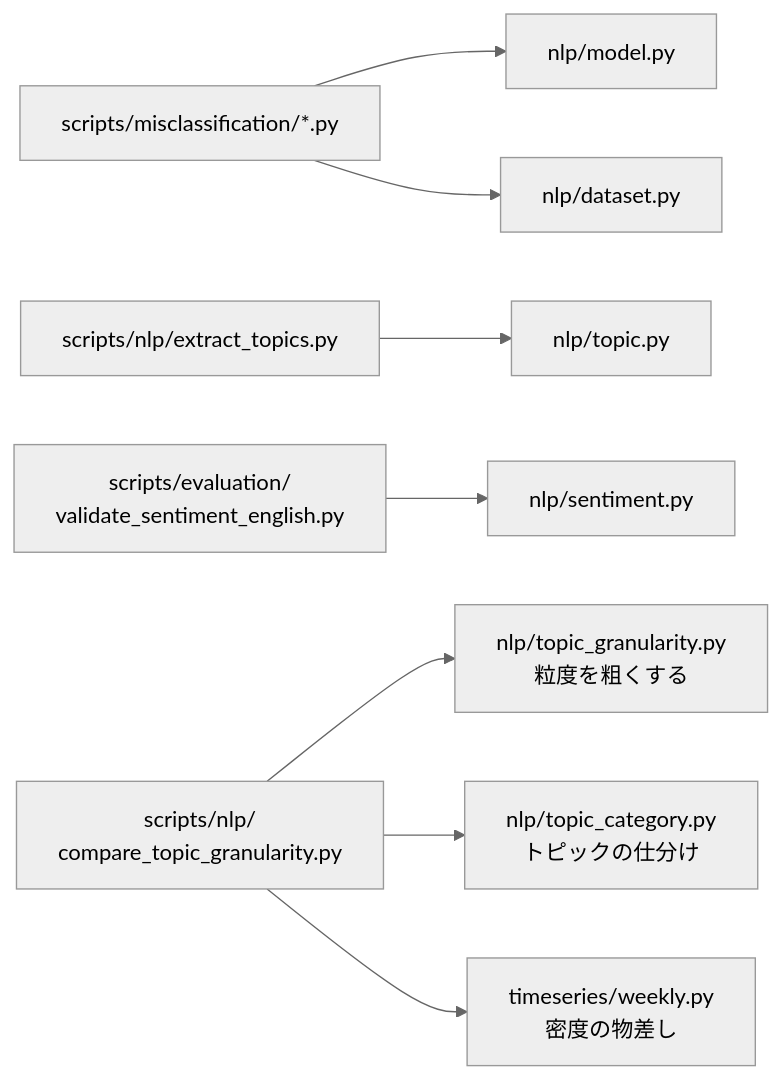
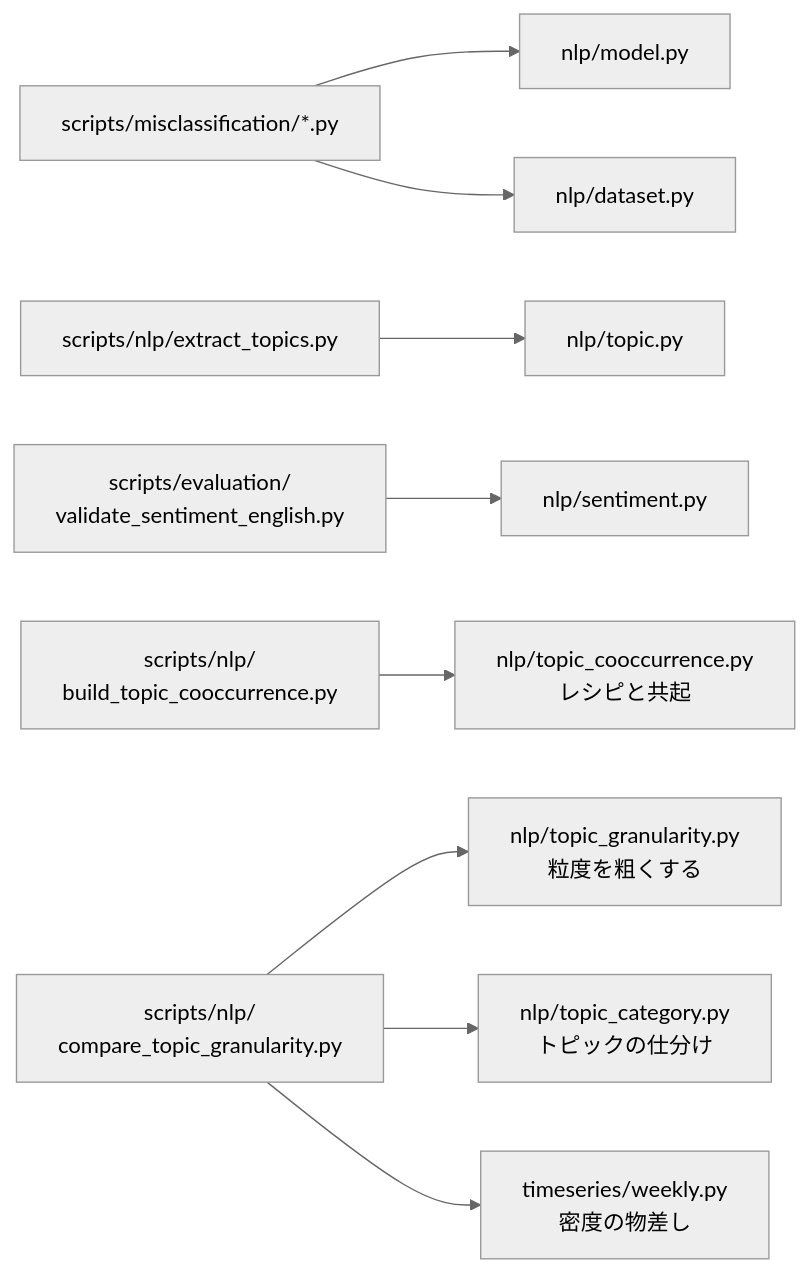
One commit to rindguitar/game-demand-forecast changed the third of 3 diagrams in src/README.md. Above: the diagram before and after it, drawn with Mermaid (neutral theme). The commit also changed other lines of this file and 8 other files, not shown here.

````diff
--- a/src/README.md
+++ b/src/README.md
@@ -47,10 +47,11 @@
 ```mermaid
 flowchart LR
     AN["scripts/misclassification/*.py"] --> MD2["nlp/model.py"]
     AN --> DS2["nlp/dataset.py"]
     ET["scripts/nlp/extract_topics.py"] --> TP["nlp/topic.py"]
     VA2["scripts/evaluation/<br/>validate_sentiment_english.py"] --> SN["nlp/sentiment.py"]
+    CO["scripts/nlp/<br/>build_topic_cooccurrence.py"] --> TQ["nlp/topic_cooccurrence.py<br/>レシピと共起"]
     CG["scripts/nlp/<br/>compare_topic_granularity.py"] --> TG["nlp/topic_granularity.py<br/>粒度を粗くする"]
     CG --> TC2["nlp/topic_category.py<br/>トピックの仕分け"]
     CG --> WK["timeseries/weekly.py<br/>密度の物差し"]
 ```
````
